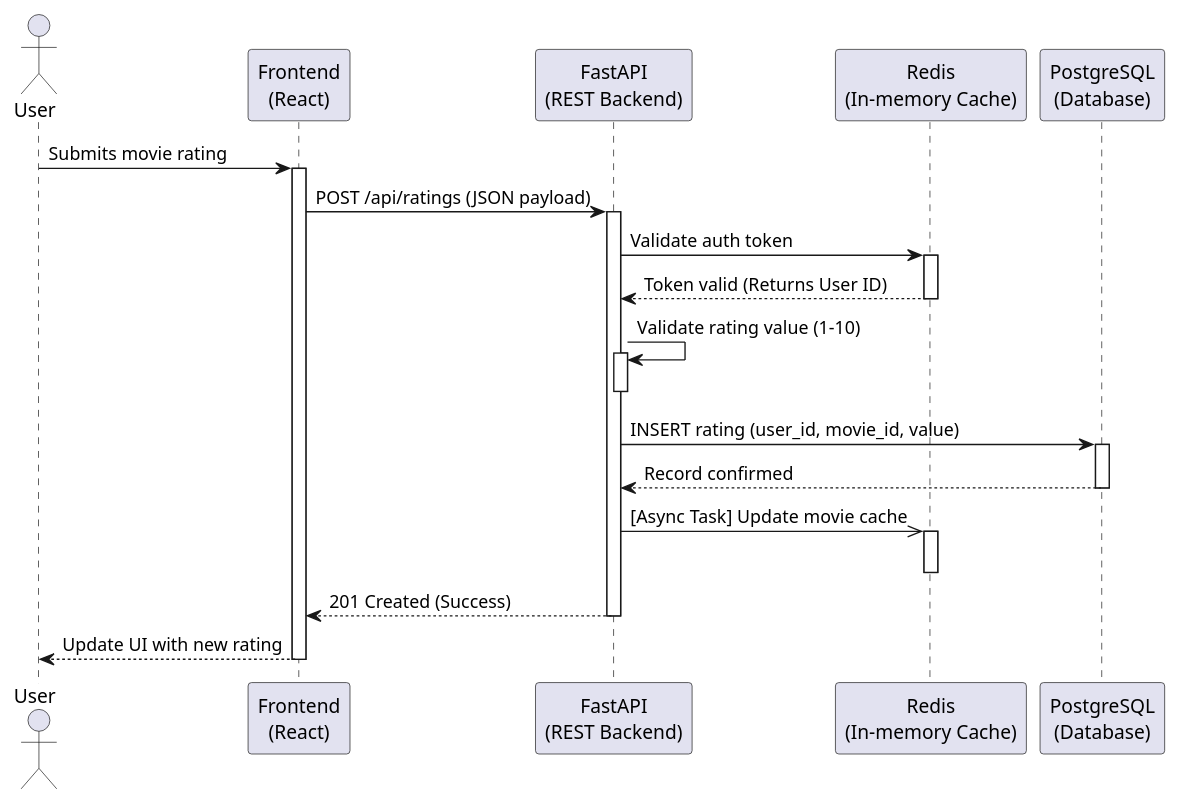
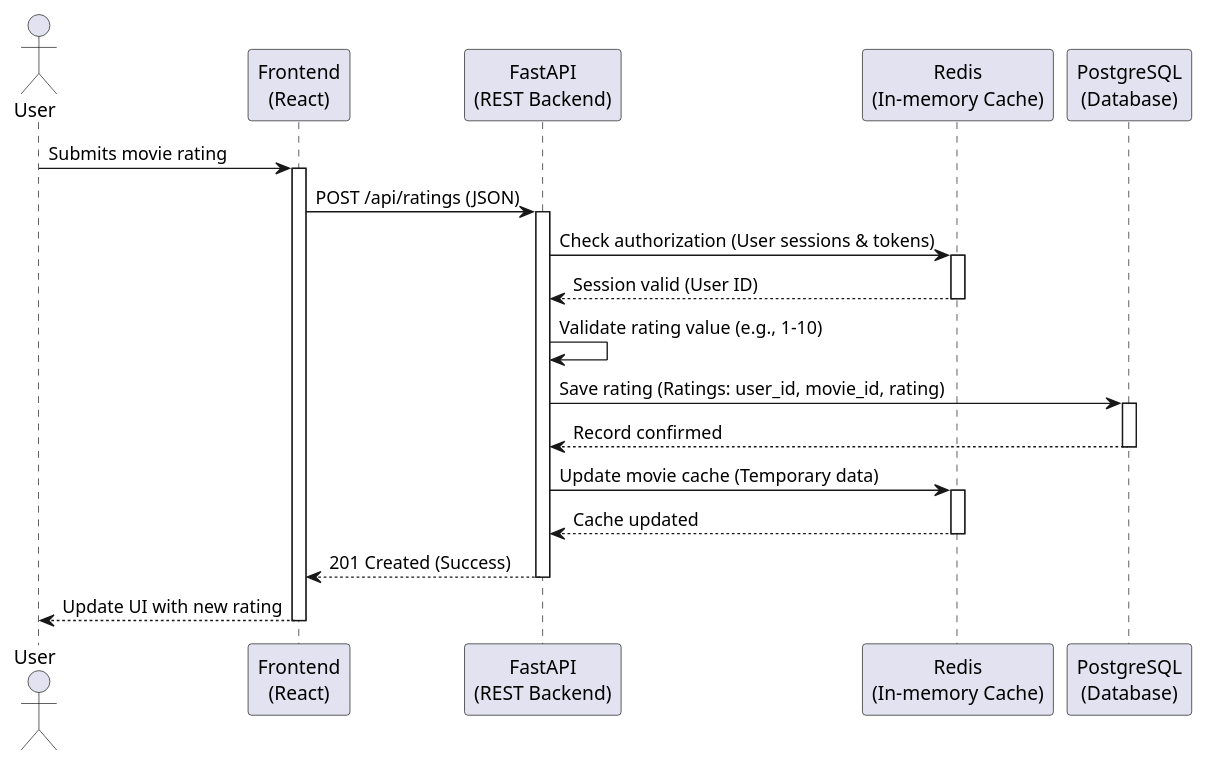
Before and after one commit to ukma-fin-ssdm-2026/ctrl-alt-defeat: the diagram in docs/architecture/uml/sequence-diagram.puml, drawn with PlantUML.

Commit message:
Update sequence diagram for movie rating process

```diff
--- a/docs/architecture/uml/sequence-diagram.puml
+++ b/docs/architecture/uml/sequence-diagram.puml
@@ -1,37 +1,36 @@
 @startuml
 actor "User" as User
 participant "Frontend\n(React)" as UI
 participant "FastAPI\n(REST Backend)" as API
 participant "Redis\n(In-memory Cache)" as Cache
 participant "PostgreSQL\n(Database)" as DB
 
 User -> UI : Submits movie rating
 activate UI
 
-UI -> API : POST /api/ratings (JSON payload)
+UI -> API : POST /api/ratings (JSON)
 activate API
 
-API -> Cache : Validate auth token
+API -> Cache : Check authorization (User sessions & tokens)
 activate Cache
-Cache --> API : Token valid (Returns User ID)
+Cache --> API : Session valid (User ID)
 deactivate Cache
 
-API -> API : Validate rating value (1-10)
-activate API
-deactivate API
+API -> API : Validate rating value (e.g., 1-10)
 
-API -> DB : INSERT rating (user_id, movie_id, value)
+API -> DB : Save rating (Ratings: user_id, movie_id, rating)
 activate DB
 DB --> API : Record confirmed
 deactivate DB
 
-API ->> Cache : [Async Task] Update movie cache
+API -> Cache : Update movie cache (Temporary data)
 activate Cache
+Cache --> API : Cache updated
 deactivate Cache
 
 API --> UI : 201 Created (Success)
 deactivate API
 
 UI --> User : Update UI with new rating
 deactivate UI
 @enduml
```
